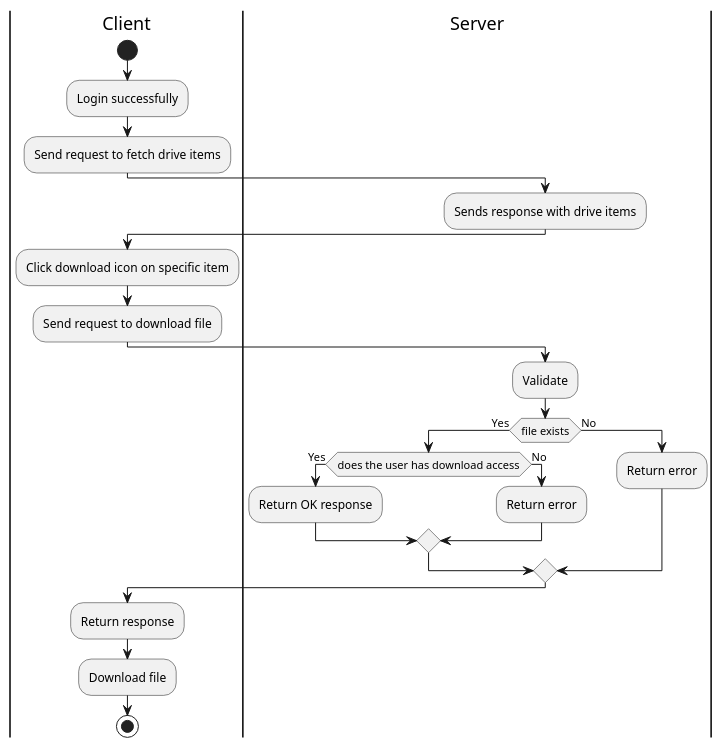
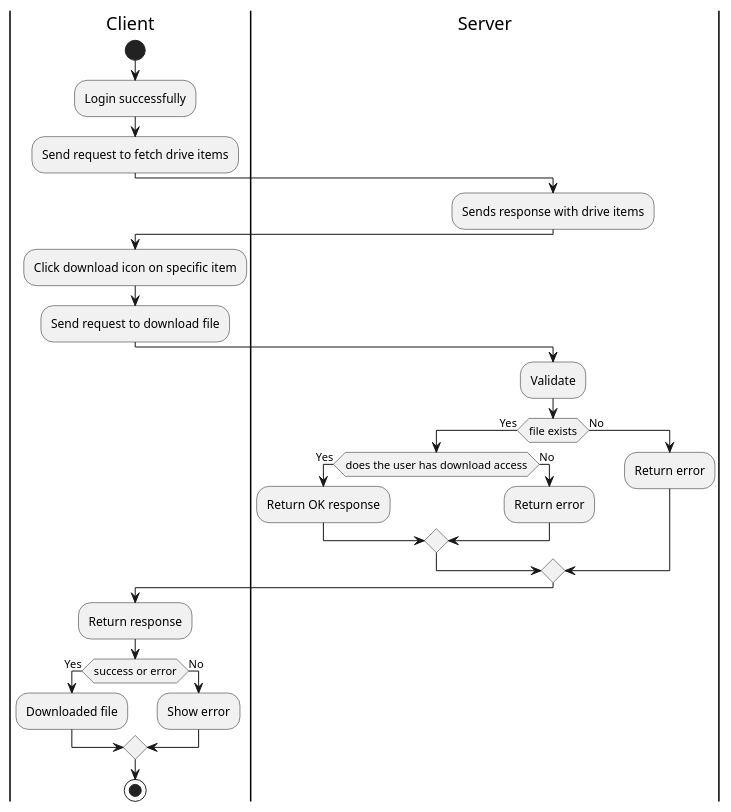
The diagram in docs/activity-diagrams/download-file.puml (hakanyildizhan/pwr-22-spring-css-ii-st-gpp), drawn with PlantUML before and after one commit.

```diff
--- a/docs/activity-diagrams/download-file.puml
+++ b/docs/activity-diagrams/download-file.puml
@@ -1,31 +1,37 @@
 @startuml
 |Client|
 start
 |Client|
 :Login successfully;
 :Send request to fetch drive items;
 |Server|
 :Sends response with drive items;
 |Client|
 :Click download icon on specific item;
 :Send request to download file;
 |Server|
 :Validate;
 if (file exists) then
  ->Yes;
  if (does the user has download access) then
   ->Yes;
   :Return OK response;
  else
   ->No;
   :Return error;
  endif
 else
  -> No;
  :Return error;
 endif
 |Client|
 :Return response;
-:Download file;
+if(success or error) then
+->Yes;
+:Downloaded file;
+else
+->No;
+:Show error;
+endif
 stop
 @enduml
```
